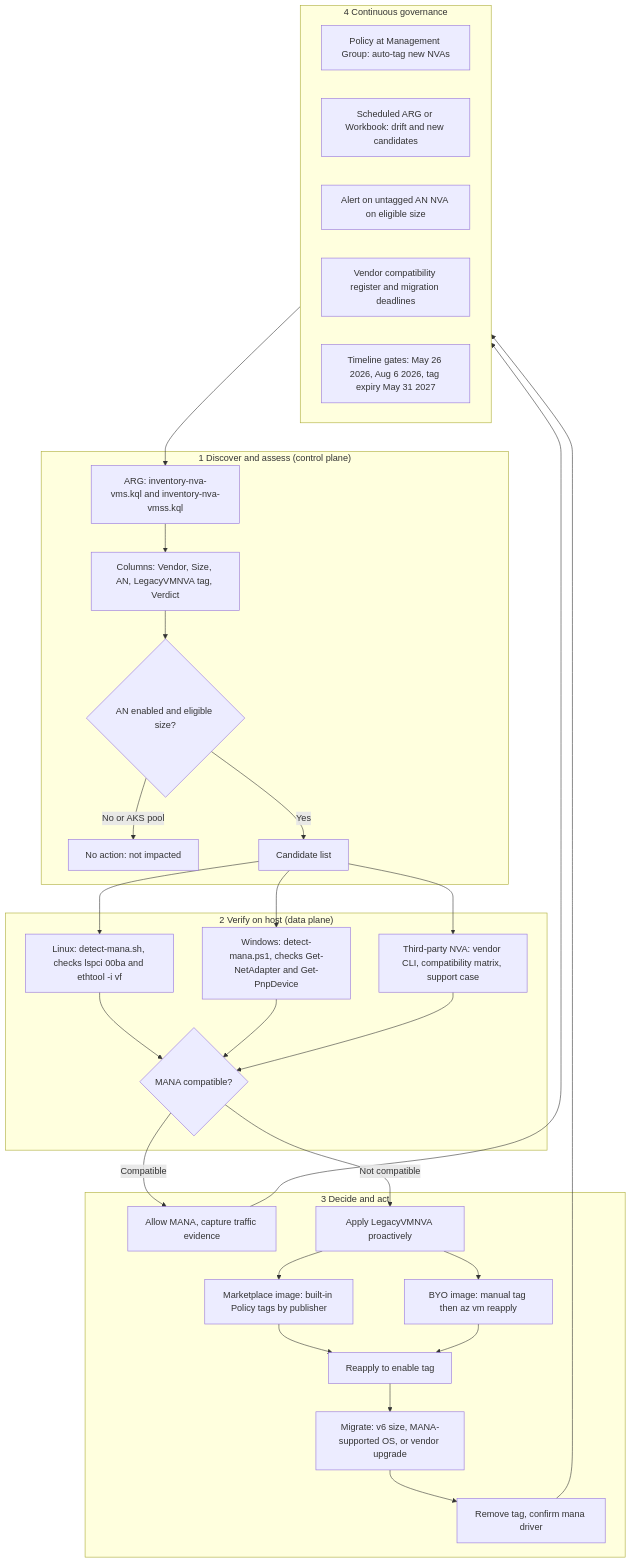
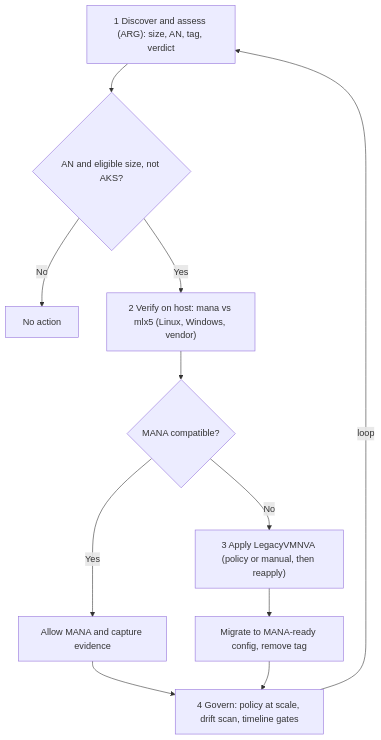
Before and after one commit to kpkool/azure-mana-nva-toolkit: the second of 2 diagrams in README.md, drawn with Mermaid. The commit also changed other lines of this file, not shown here.

Commit message:
Simplify README process diagrams (high-level + technical)

````diff
--- a/README.md
+++ b/README.md
@@ -49,37 +46,13 @@
 ```mermaid
 flowchart TD
-  subgraph DISCOVER["1 Discover and assess (control plane)"]
-    A1["ARG: inventory-nva-vms.kql and inventory-nva-vmss.kql"] --> A2["Columns: Vendor, Size, AN, LegacyVMNVA tag, Verdict"]
-    A2 --> A3{"AN enabled and eligible size?"}
-    A3 -->|"No or AKS pool"| Z1["No action: not impacted"]
-    A3 -->|"Yes"| B1["Candidate list"]
-  end
-  subgraph VERIFY["2 Verify on host (data plane)"]
-    B1 --> C1["Linux: detect-mana.sh, checks lspci 00ba and ethtool -i vf"]
-    B1 --> C2["Windows: detect-mana.ps1, checks Get-NetAdapter and Get-PnpDevice"]
-    B1 --> C3["Third-party NVA: vendor CLI, compatibility matrix, support case"]
-    C1 --> D1{"MANA compatible?"}
-    C2 --> D1
-    C3 --> D1
-  end
-  subgraph ACT["3 Decide and act"]
-    D1 -->|"Compatible"| E1["Allow MANA, capture traffic evidence"]
-    D1 -->|"Not compatible"| F1["Apply LegacyVMNVA proactively"]
-    F1 --> F2["Marketplace image: built-in Policy tags by publisher"]
-    F1 --> F3["BYO image: manual tag then az vm reapply"]
-    F2 --> F4["Reapply to enable tag"]
-    F3 --> F4
-    F4 --> G1["Migrate: v6 size, MANA-supported OS, or vendor upgrade"]
-    G1 --> G2["Remove tag, confirm mana driver"]
-  end
-  subgraph GOV["4 Continuous governance"]
-    H1["Policy at Management Group: auto-tag new NVAs"]
-    H2["Scheduled ARG or Workbook: drift and new candidates"]
-    H3["Alert on untagged AN NVA on eligible size"]
-    H4["Vendor compatibility register and migration deadlines"]
-    H5["Timeline gates: May 26 2026, Aug 6 2026, tag expiry May 31 2027"]
-  end
-  E1 --> GOV
-  G2 --> GOV
-  GOV --> A1
+  A["1 Discover and assess (ARG): size, AN, tag, verdict"] --> B{"AN and eligible size, not AKS?"}
+  B -->|"No"| Z["No action"]
+  B -->|"Yes"| C["2 Verify on host: mana vs mlx5 (Linux, Windows, vendor)"]
+  C --> D{"MANA compatible?"}
+  D -->|"Yes"| E["Allow MANA and capture evidence"]
+  D -->|"No"| F["3 Apply LegacyVMNVA (policy or manual, then reapply)"]
+  F --> G["Migrate to MANA-ready config, remove tag"]
+  E --> H["4 Govern: policy at scale, drift scan, timeline gates"]
+  G --> H
+  H -->|"loop"| A
 ```
````
